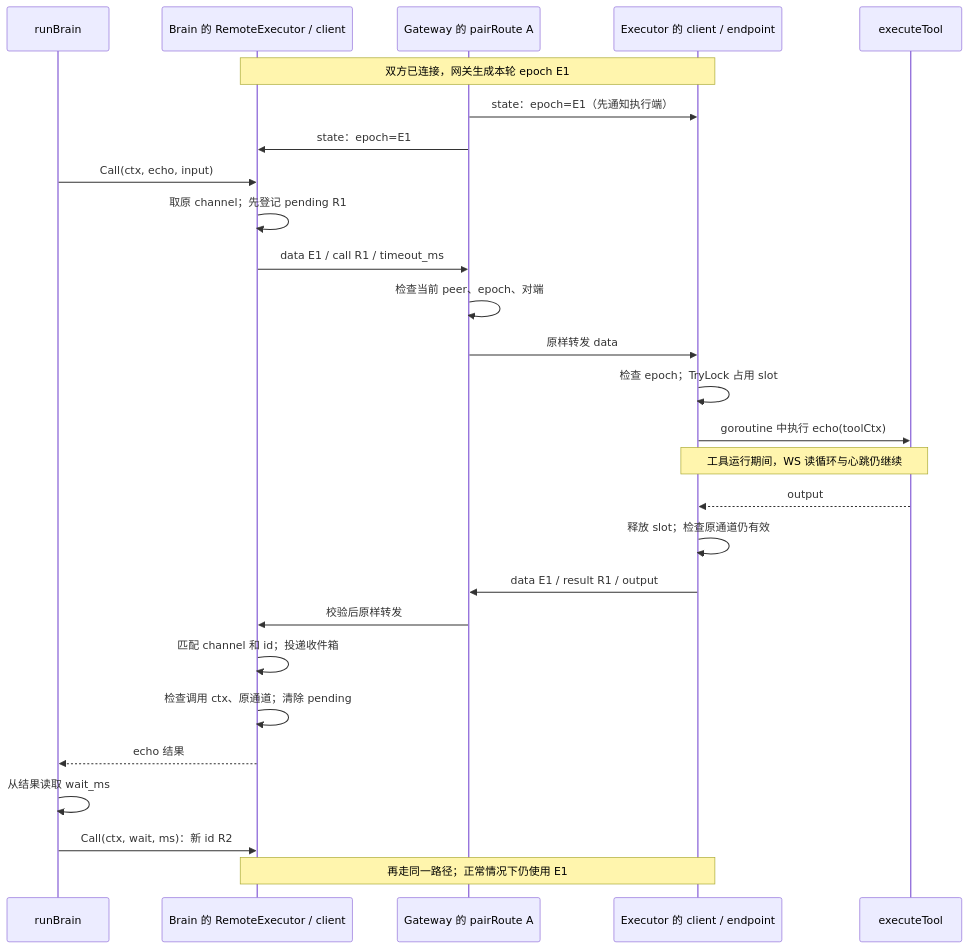
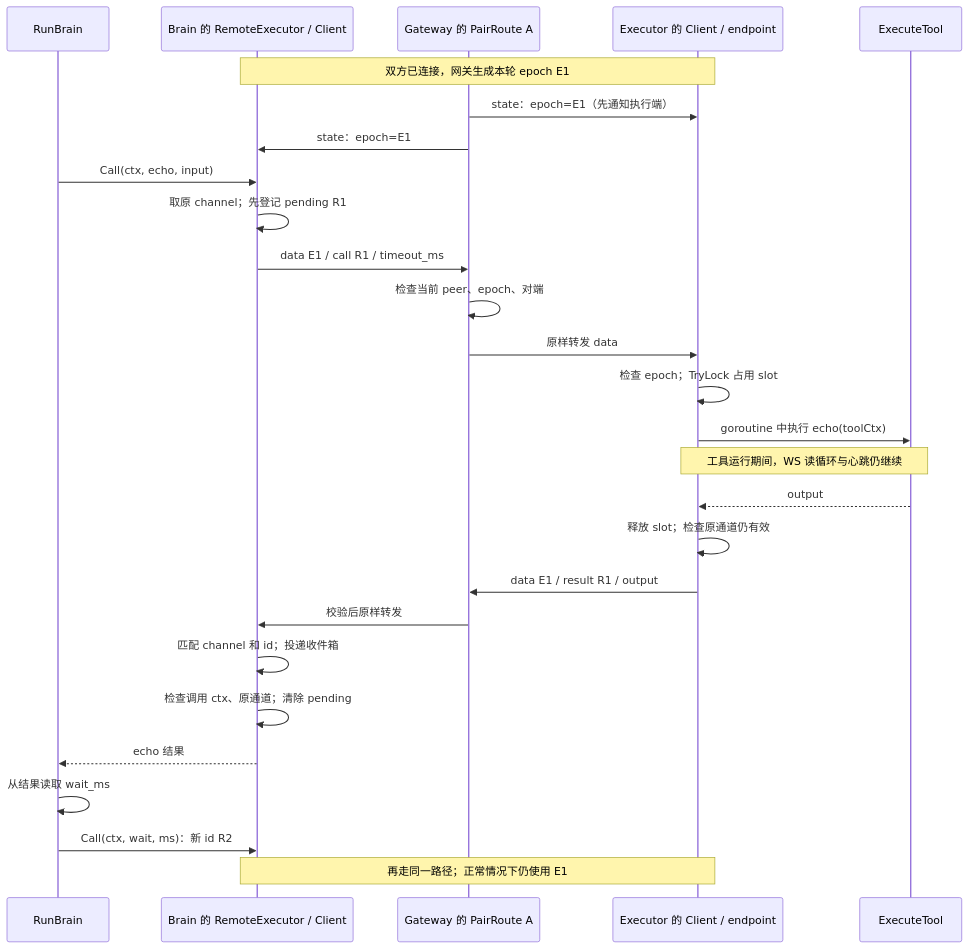
The diagram in docs/code_study/diagrams/04-normal-call.mmd (shubolab/stream-gateway-lab), drawn with Mermaid before and after one commit. The commit also changed 45 other files, not shown here.

```diff
--- a/docs/code_study/diagrams/04-normal-call.mmd
+++ b/docs/code_study/diagrams/04-normal-call.mmd
@@ -1,27 +1,27 @@
 sequenceDiagram
-    participant B as runBrain
-    participant R as Brain 的 RemoteExecutor / client
-    participant G as Gateway 的 pairRoute A
-    participant E as Executor 的 client / endpoint
-    participant T as executeTool
+    participant B as RunBrain
+    participant R as Brain 的 RemoteExecutor / Client
+    participant G as Gateway 的 PairRoute A
+    participant E as Executor 的 Client / endpoint
+    participant T as ExecuteTool
     Note over R,E: 双方已连接，网关生成本轮 epoch E1
     G->>E: state：epoch=E1（先通知执行端）
     G->>R: state：epoch=E1
     B->>R: Call(ctx, echo, input)
     R->>R: 取原 channel；先登记 pending R1
     R->>G: data E1 / call R1 / timeout_ms
     G->>G: 检查当前 peer、epoch、对端
     G->>E: 原样转发 data
     E->>E: 检查 epoch；TryLock 占用 slot
     E->>T: goroutine 中执行 echo(toolCtx)
     Note over E,T: 工具运行期间，WS 读循环与心跳仍继续
     T-->>E: output
     E->>E: 释放 slot；检查原通道仍有效
     E->>G: data E1 / result R1 / output
     G->>R: 校验后原样转发
     R->>R: 匹配 channel 和 id；投递收件箱
     R->>R: 检查调用 ctx、原通道；清除 pending
     R-->>B: echo 结果
     B->>B: 从结果读取 wait_ms
     B->>R: Call(ctx, wait, ms)：新 id R2
     Note over R,E: 再走同一路径；正常情况下仍使用 E1
```
